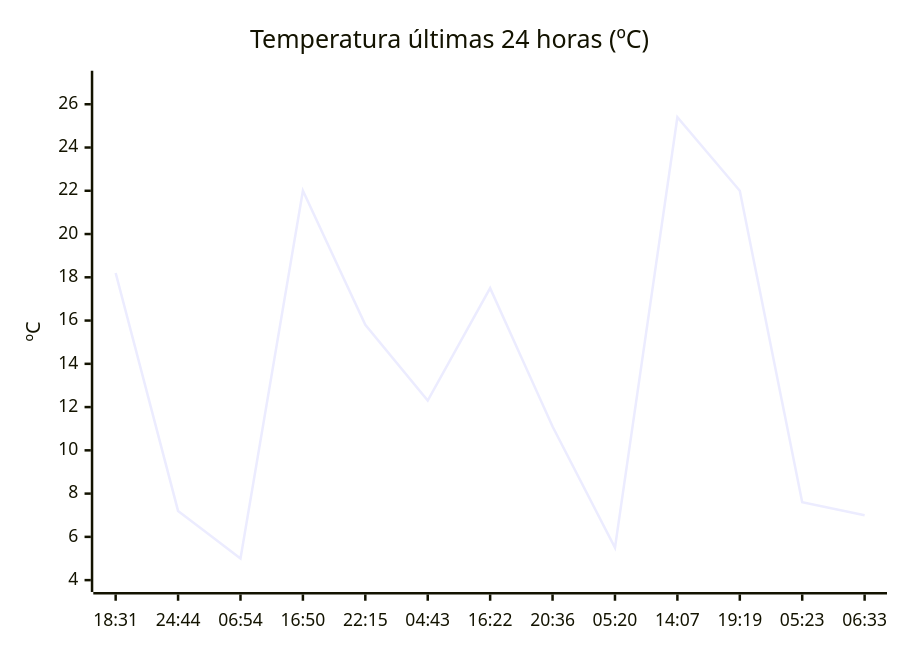
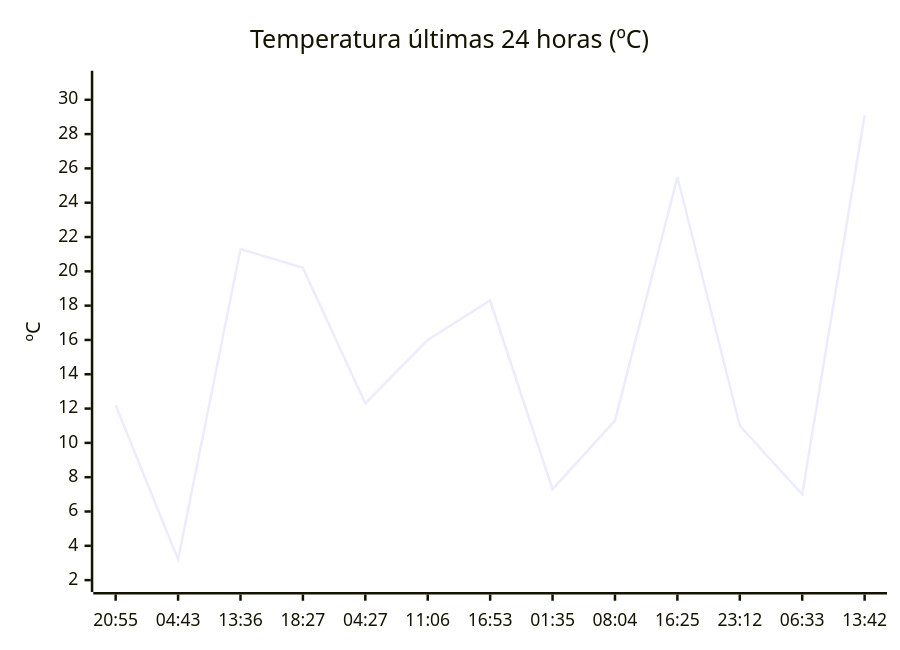
The diagram in README.md (solidsnk86/rem-scrap), drawn with Mermaid before and after one commit. The commit also changed other lines of this file, not shown here.

````diff
--- a/README.md
+++ b/README.md
@@ -32,7 +28,7 @@
 ```mermaid
 xychart-beta
     title "Temperatura últimas 24 horas (ºC)"
-    x-axis ["18:31", "24:44", "06:54", "16:50", "22:15", "04:43", "16:22", "20:36", "05:20", "14:07", "19:19", "05:23", "06:33"]
-    y-axis "ºC" 4 --> 27
-    line [18.2, 7.2, 5, 22, 15.8, 12.3, 17.5, 11.1, 5.5, 25.4, 22, 7.6, 7]
+    x-axis ["20:55", "04:43", "13:36", "18:27", "04:27", "11:06", "16:53", "01:35", "08:04", "16:25", "23:12", "06:33", "13:42"]
+    y-axis "ºC" 2 --> 31
+    line [12.2, 3.2, 21.3, 20.2, 12.3, 16, 18.3, 7.3, 11.3, 25.5, 11, 7, 29.1]
 ```
````
